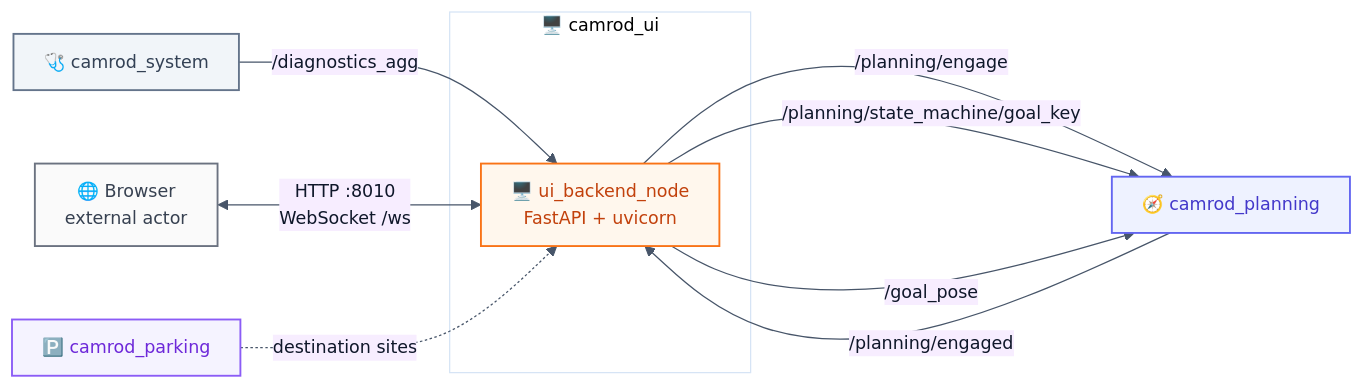
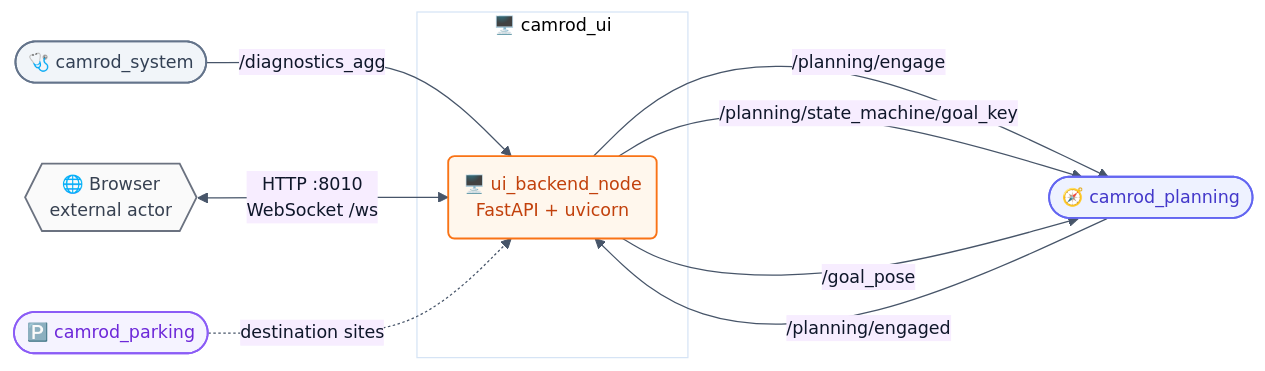
One commit to hwanhonglee/CAMROD changed the first of 5 diagrams in camrod_ui/README.md. Above: the diagram before and after it, drawn with Mermaid. The commit also changed other lines of this file and 12 other files, not shown here.

First line of the commit message:
docs(v4): unified Mermaid shape convention + runtime data flow diagram

````diff
--- a/camrod_ui/README.md
+++ b/camrod_ui/README.md
@@ -46,25 +46,25 @@
 ```mermaid
 %%{init: {'theme': 'base', 'themeVariables': {'fontFamily': 'ui-sans-serif, system-ui, sans-serif', 'fontSize': '14px', 'primaryColor': '#FFF7ED', 'primaryTextColor': '#0F172A', 'primaryBorderColor': '#F97316', 'lineColor': '#475569'}, 'flowchart': {'curve': 'basis', 'htmlLabels': true, 'padding': 12}}}%%
 graph LR
-  BROWSER[🌐 Browser\nexternal actor]:::hardware
+  BROWSER{{🌐 Browser\nexternal actor}}:::hardware
 
-  SYS[🩺 camrod_system]:::system    -->|/diagnostics_agg| UI
-  PLAN[🧭 camrod_planning]:::planning -->|/planning/engaged| UI
+  SYS([🩺 camrod_system]):::system    -->|/diagnostics_agg| UI
+  PLAN([🧭 camrod_planning]):::planning -->|/planning/engaged| UI
 
   subgraph UI_BOX["🖥️ camrod_ui"]
-    UI[🖥️ ui_backend_node\nFastAPI + uvicorn]:::ui
+    UI(🖥️ ui_backend_node\nFastAPI + uvicorn):::ui
   end
 
   BROWSER <-->|HTTP :8010\nWebSocket /ws| UI
 
   UI -->|/planning/engage| PLAN
   UI -->|/planning/state_machine/goal_key| PLAN
   UI -->|/goal_pose| PLAN
-  PARK[🅿️ camrod_parking]:::parking -.->|destination sites| UI
+  PARK([🅿️ camrod_parking]):::parking -.->|destination sites| UI
 
   classDef ui           fill:#FFF7ED,stroke:#F97316,stroke-width:1.5px,color:#C2410C;
   classDef system       fill:#F1F5F9,stroke:#64748B,stroke-width:1.5px,color:#334155;
   classDef planning     fill:#EEF2FF,stroke:#6366F1,stroke-width:1.5px,color:#4338CA;
   classDef parking      fill:#F5F3FF,stroke:#8B5CF6,stroke-width:1.5px,color:#6D28D9;
   classDef hardware     fill:#FAFAFA,stroke:#6B7280,stroke-width:1.5px,color:#374151;
 ```
````
